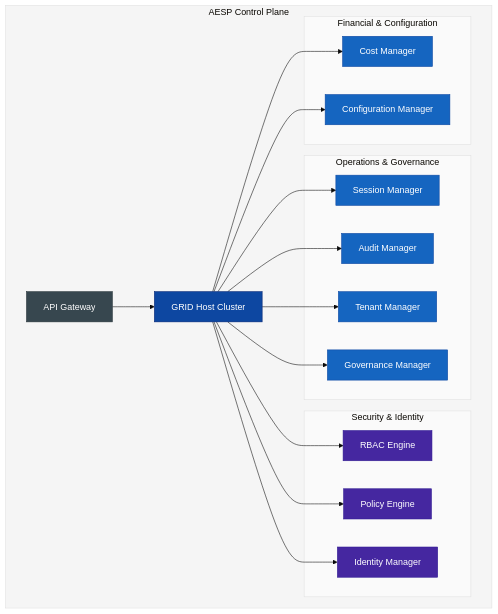
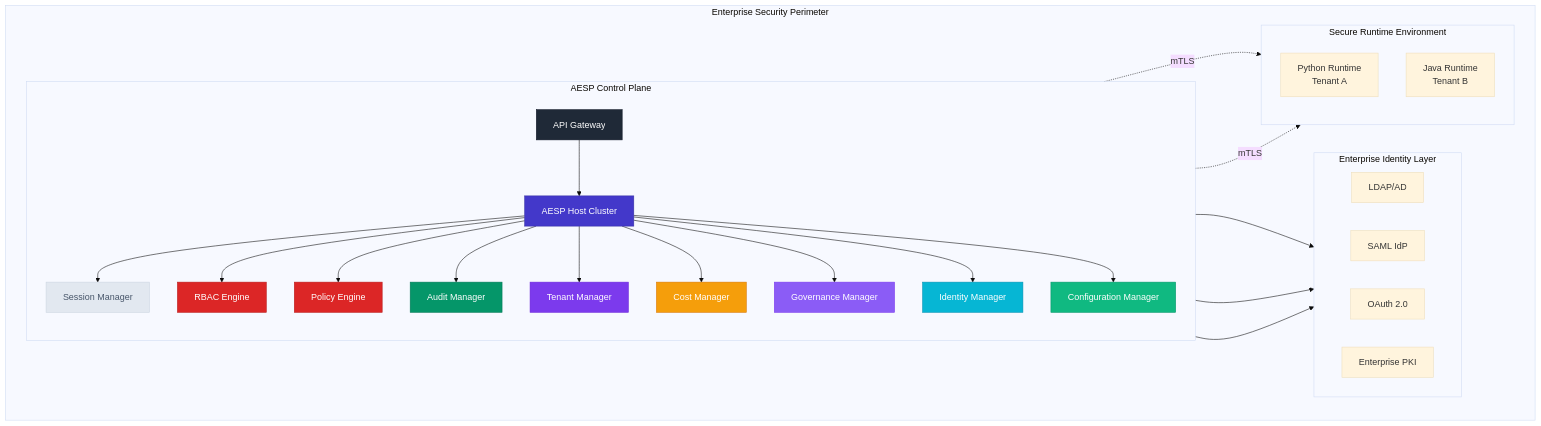
Before and after one commit to nshkrdotcom/ALTAR: the diagram in specs/03-grid-protocol/aesp.md, drawn with Mermaid (base theme). The commit also changed other lines of this file, not shown here.

First line of the commit message:
feat: Author AESP Profile v1.0 Specification

````diff
--- a/specs/03-grid-protocol/aesp.md
+++ b/specs/03-grid-protocol/aesp.md
@@ -27,53 +27,52 @@
 ```mermaid
 graph TB
-    subgraph ACP["AESP Control Plane"]
-        GATEWAY[API Gateway]
-        HOST[GRID Host Cluster]
-        
-        subgraph SI["Security & Identity"]
+    subgraph "Enterprise Security Perimeter"
+        subgraph "AESP Control Plane"
+            direction TB
+            GATEWAY[API Gateway]
+            HOST[AESP Host Cluster]
+            SM[Session Manager]
             RBAC[RBAC Engine]
+            PE[Policy Engine]
+            AM[Audit Manager]
+            TM[Tenant Manager]
+            CM[Cost Manager]
+            GM[Governance Manager]
             IM[Identity Manager]
-            PE[Policy Engine]
+            CONFIG[Configuration Manager]
+
+            style GATEWAY fill:#1f2937,stroke:#111827,color:#ffffff,fontWeight:bold
+            style HOST fill:#4338ca,stroke:#3730a3,color:#ffffff,fontWeight:bold
+            style SM fill:#e2e8f0,stroke:#cbd5e1,color:#475569
+            style RBAC fill:#dc2626,stroke:#b91c1c,color:#ffffff
+            style PE fill:#dc2626,stroke:#b91c1c,color:#ffffff
+            style AM fill:#059669,stroke:#047857,color:#ffffff
+            style TM fill:#7c3aed,stroke:#6d28d9,color:#ffffff
+            style CM fill:#f59e0b,stroke:#d97706,color:#ffffff
+            style GM fill:#8b5cf6,stroke:#7c3aed,color:#ffffff
+            style IM fill:#06b6d4,stroke:#0891b2,color:#ffffff
+            style CONFIG fill:#10b981,stroke:#059669,color:#ffffff
         end
         
-        subgraph OG["Operations & Governance"]
-            SM[Session Manager]
-            TM[Tenant Manager]
-            AM[Audit Manager]
-            GM[Governance Manager]
+        subgraph "Enterprise Identity Layer"
+            direction LR
+            LDAP[LDAP/AD]
+            SAML[SAML IdP]
+            OAUTH[OAuth 2.0]
+            PKI[Enterprise PKI]
         end
         
-        subgraph FC["Financial & Configuration"]
-            CM[Cost Manager]
-            CONFIG[Configuration Manager]
+        subgraph "Secure Runtime Environment"
+            direction TB
+            RT1[Python Runtime<br/>Tenant A]
+            RT2[Java Runtime<br/>Tenant B]
         end
-        
-        GATEWAY --> HOST
-        HOST --> SM & RBAC & PE & AM & TM & CM & GM & IM & CONFIG
     end
     
-    %% --- Professional Color Scheme ---
-
-    %% Main Control Plane Nodes
-    style GATEWAY fill:#37474f,stroke:#263238,color:#ffffff
-    style HOST fill:#0d47a1,stroke:#002171,color:#ffffff
-    
-    %% Security & Identity Components (Purple Accent)
-    style RBAC fill:#4527a0,stroke:#311b92,color:#ffffff
-    style IM fill:#4527a0,stroke:#311b92,color:#ffffff
-    style PE fill:#4527a0,stroke:#311b92,color:#ffffff
-
-    %% Operations, Governance, Financial & Config Components (Secondary Blue)
-    style SM fill:#1565c0,stroke:#0d47a1,color:#ffffff
-    style TM fill:#1565c0,stroke:#0d47a1,color:#ffffff
-    style AM fill:#1565c0,stroke:#0d47a1,color:#ffffff
-    style GM fill:#1565c0,stroke:#0d47a1,color:#ffffff
-    style CM fill:#1565c0,stroke:#0d47a1,color:#ffffff
-    style CONFIG fill:#1565c0,stroke:#0d47a1,color:#ffffff
-
-    %% Backgrounds & Containers
-    style ACP fill:#f5f5f5,stroke:#e0e0e0
-    style SI fill:#fafafa,stroke:#e0e0e0
-    style OG fill:#fafafa,stroke:#e0e0e0
-    style FC fill:#fafafa,stroke:#e0e0e0
+    %% Connections
+    GATEWAY --> HOST
+    HOST --> SM & RBAC & PE & AM & TM & CM & GM & IM & CONFIG
+    RBAC --> LDAP & SAML & OAUTH
+    HOST -.->|mTLS| RT1
+    HOST -.->|mTLS| RT2
 ```
````
